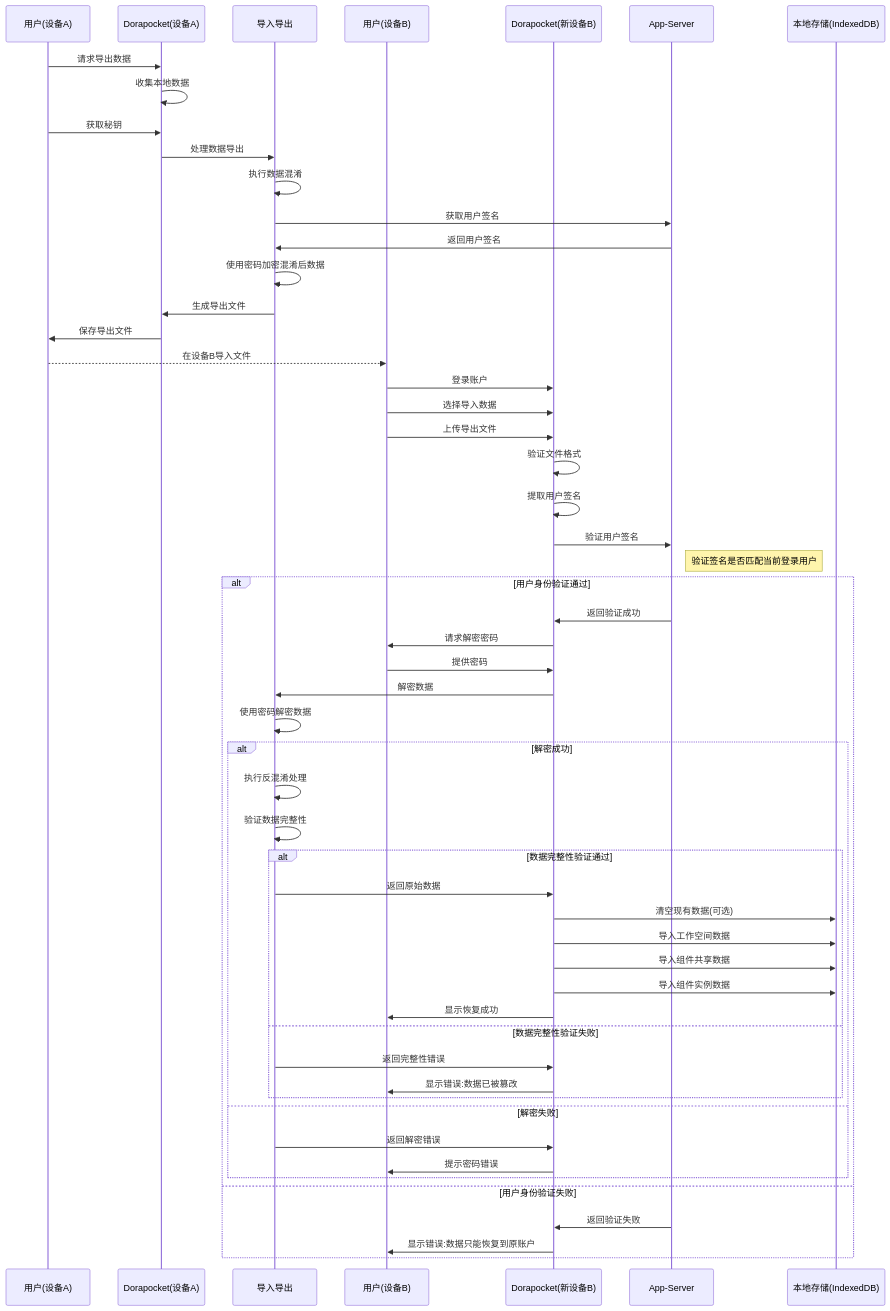
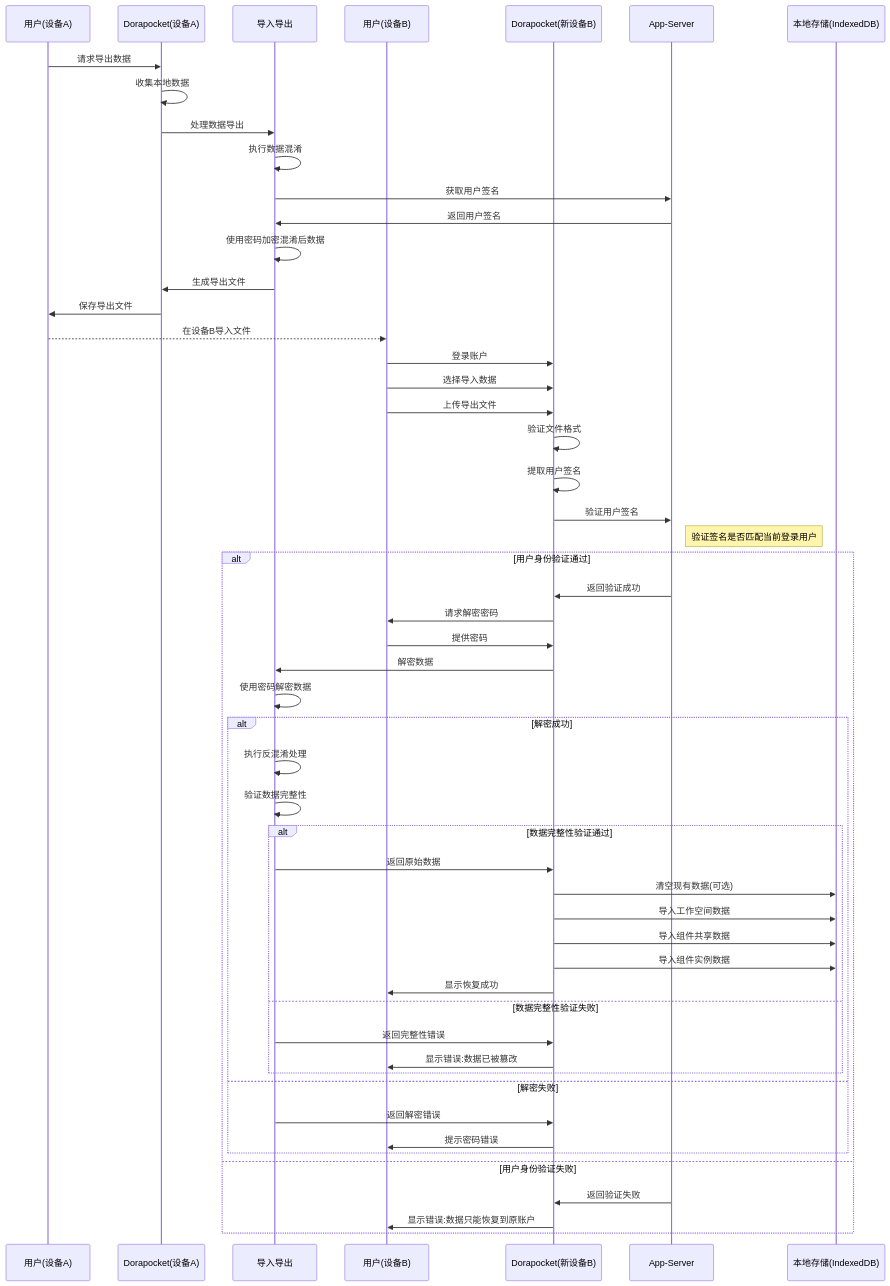
Before and after one commit to yingjianzh/iodraw-files: the diagram in all/未命名-38.md, drawn with Mermaid.

Commit message:
2025-04-21 14:17:22 update

````diff
--- a/all/未命名-38.md
+++ b/all/未命名-38.md
@@ -1,71 +1,71 @@
 ```mermaid
 
 sequenceDiagram
     participant UserOld as 用户(设备A)
     participant AppOld as Dorapocket(设备A)
     participant Security as 导入导出
     participant UserNew as 用户(设备B)
     participant AppNew as Dorapocket(新设备B)
     participant AppServer as App-Server
     participant LocalDB as 本地存储(IndexedDB)
     
     %% 导出流程
     UserOld->>AppOld: 请求导出数据
     AppOld->>AppOld: 收集本地数据
-    UserOld->>AppOld: 获取秘钥
+    
     
     AppOld->>Security: 处理数据导出
     Security->>Security: 执行数据混淆
     Security->>AppServer: 获取用户签名
     AppServer->>Security: 返回用户签名
     Security->>Security: 使用密码加密混淆后数据
     Security->>AppOld: 生成导出文件
     AppOld->>UserOld: 保存导出文件
     
     %% 传输文件(由用户完成)
     UserOld-->>UserNew: 在设备B导入文件
     
     %% 恢复流程
     UserNew->>AppNew: 登录账户
     UserNew->>AppNew: 选择导入数据
     UserNew->>AppNew: 上传导出文件
     
     AppNew->>AppNew: 验证文件格式
     AppNew->>AppNew: 提取用户签名
     
     AppNew->>AppServer: 验证用户签名
     note right of AppServer: 验证签名是否匹配当前登录用户
     
     alt 用户身份验证通过
         AppServer->>AppNew: 返回验证成功
         AppNew->>UserNew: 请求解密密码
         UserNew->>AppNew: 提供密码
         
         AppNew->>Security: 解密数据
         Security->>Security: 使用密码解密数据
         
         alt 解密成功
             Security->>Security: 执行反混淆处理
             Security->>Security: 验证数据完整性
             
             alt 数据完整性验证通过
                 Security->>AppNew: 返回原始数据
                 AppNew->>LocalDB: 清空现有数据(可选)
                 AppNew->>LocalDB: 导入工作空间数据
                 AppNew->>LocalDB: 导入组件共享数据
                 AppNew->>LocalDB: 导入组件实例数据
                 AppNew->>UserNew: 显示恢复成功
             else 数据完整性验证失败
                 Security->>AppNew: 返回完整性错误
                 AppNew->>UserNew: 显示错误:数据已被篡改
             end
         else 解密失败
             Security->>AppNew: 返回解密错误
             AppNew->>UserNew: 提示密码错误
         end
     else 用户身份验证失败
         AppServer->>AppNew: 返回验证失败
         AppNew->>UserNew: 显示错误:数据只能恢复到原账户
     end
 
 ```
````
